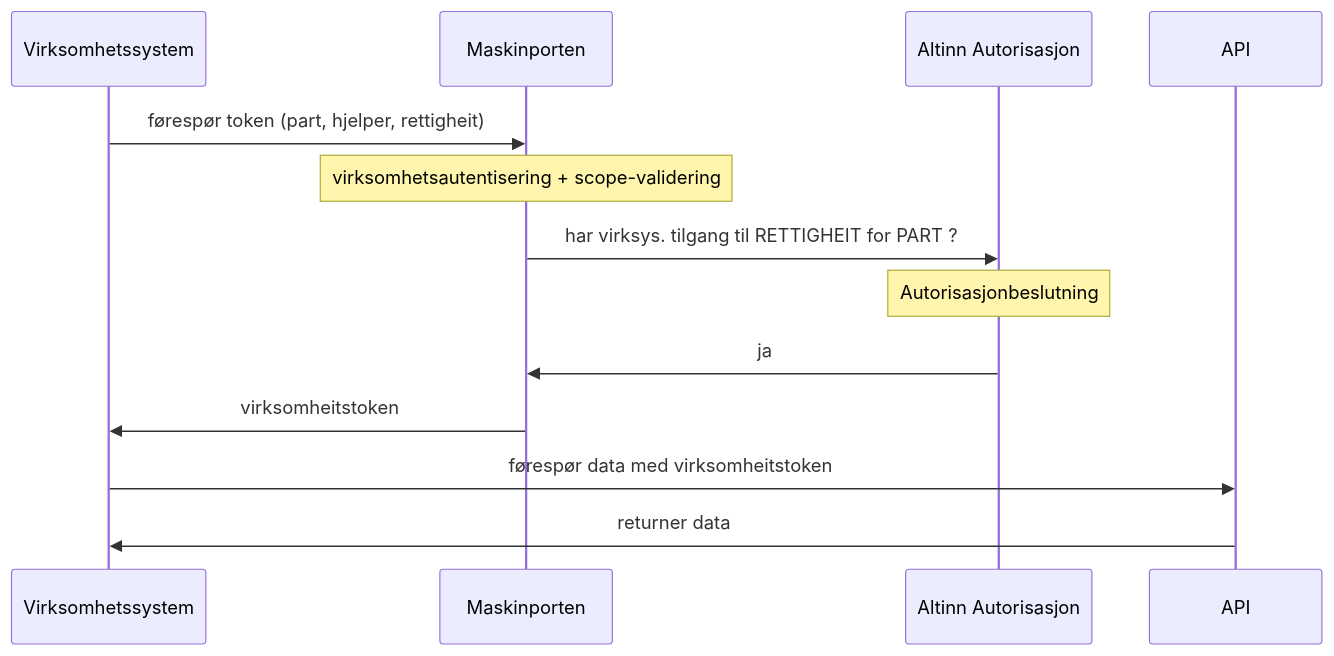
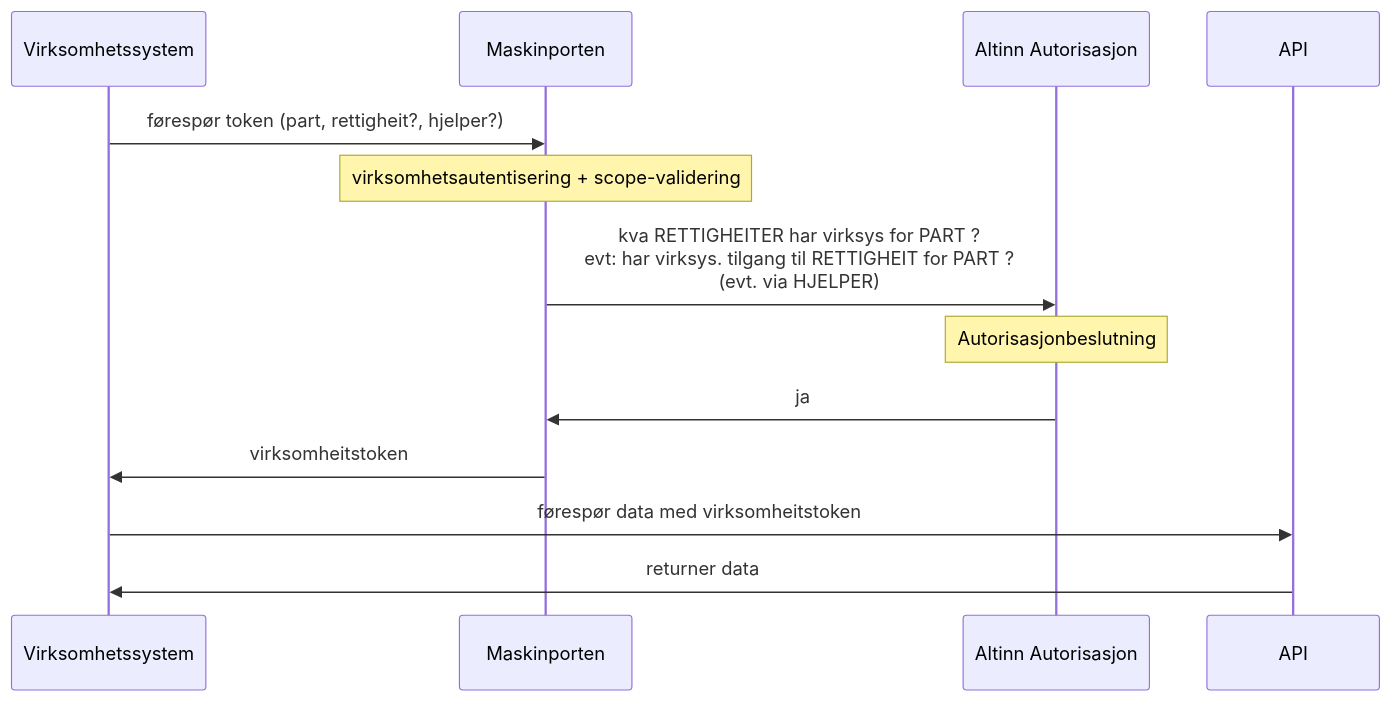
Before and after one commit to joergenb/oauth: the first of 2 diagrams in virksys-token.md, drawn with Mermaid. The commit also changed other lines of this file and 2 other files, not shown here.

````diff
--- a/virksys-token.md
+++ b/virksys-token.md
@@ -14,17 +14,17 @@
 ```mermaid
 sequenceDiagram;
   participant VS as Virksomhetssystem
   participant MP as Maskinporten
   participant AA as Altinn Autorisasjon
   participant API
 
-  VS->>MP: førespør token (part, hjelper, rettigheit)
+  VS->>MP: førespør token (part, rettigheit?, hjelper?)
   note over MP: virksomhetsautentisering + scope-validering
 
-  MP->>AA: har virksys. tilgang til RETTIGHEIT for PART ?
+  MP->>AA: kva RETTIGHEITER har virksys for PART ?<br/>evt: har virksys. tilgang til RETTIGHEIT for PART ?  <br/>(evt. via HJELPER)
   note over AA: Autorisasjonbeslutning
   AA->>MP: ja
   MP->>VS: virksomheitstoken
   VS->>API: førespør data med virksomheitstoken
   API->>VS:  returner data
 ```
````
